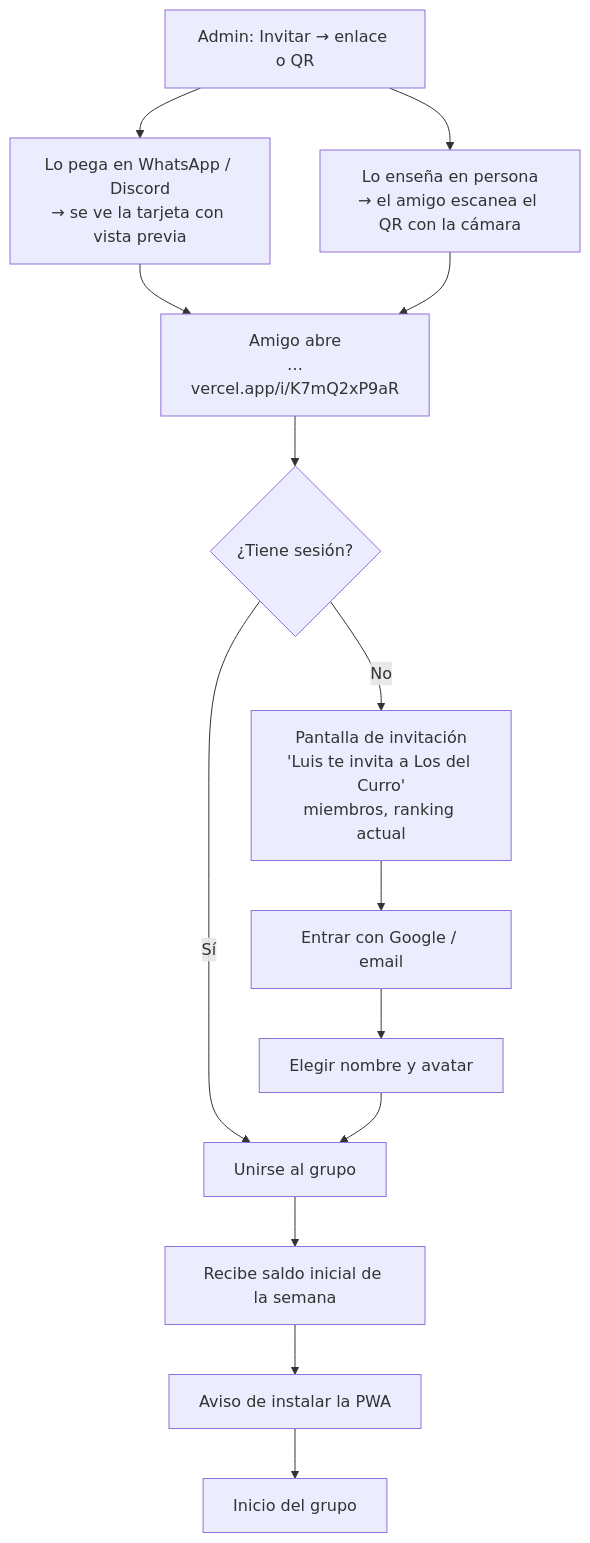
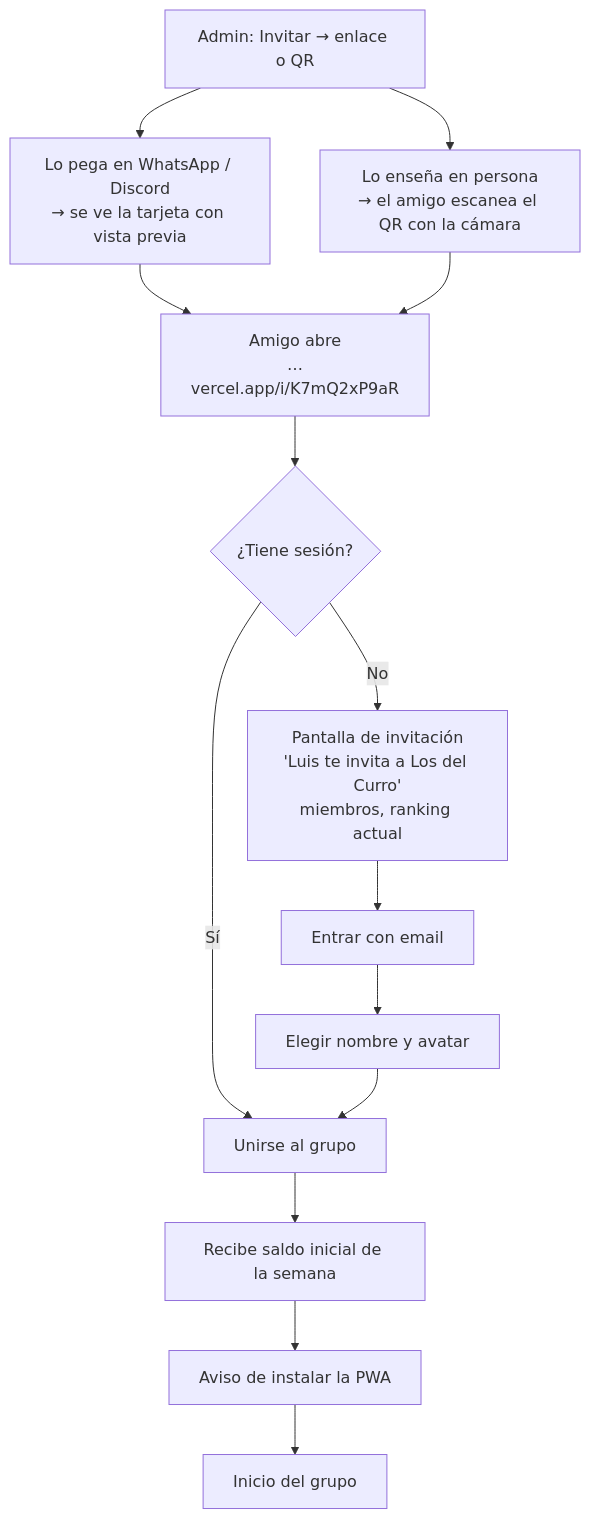
One commit to Ronambulo/BlackjackWithFriends changed the fifth of 7 diagrams in docs/DISENO.md. Above: the diagram before and after it, drawn with Mermaid. The commit also changed other lines of this file and 49 other files, not shown here.

````diff
--- a/docs/DISENO.md
+++ b/docs/DISENO.md
@@ -278,16 +284,16 @@
 ```mermaid
 flowchart TD
   A0[Admin: Invitar → enlace o QR] --> A1[Lo pega en WhatsApp / Discord<br/>→ se ve la tarjeta con vista previa]
   A0 --> A2[Lo enseña en persona<br/>→ el amigo escanea el QR con la cámara]
   A1 --> A[Amigo abre<br/>…vercel.app/i/K7mQ2xP9aR]
   A2 --> A
   A --> B{¿Tiene sesión?}
   B -- No --> C[Pantalla de invitación<br/>'Luis te invita a Los del Curro'<br/>miembros, ranking actual]
-  C --> D[Entrar con Google / email]
+  C --> D[Entrar con email]
   D --> E[Elegir nombre y avatar]
   B -- Sí --> F
   E --> F[Unirse al grupo]
   F --> G[Recibe saldo inicial de la semana]
   G --> H[Aviso de instalar la PWA]
   H --> I[Inicio del grupo]
 ```
````
